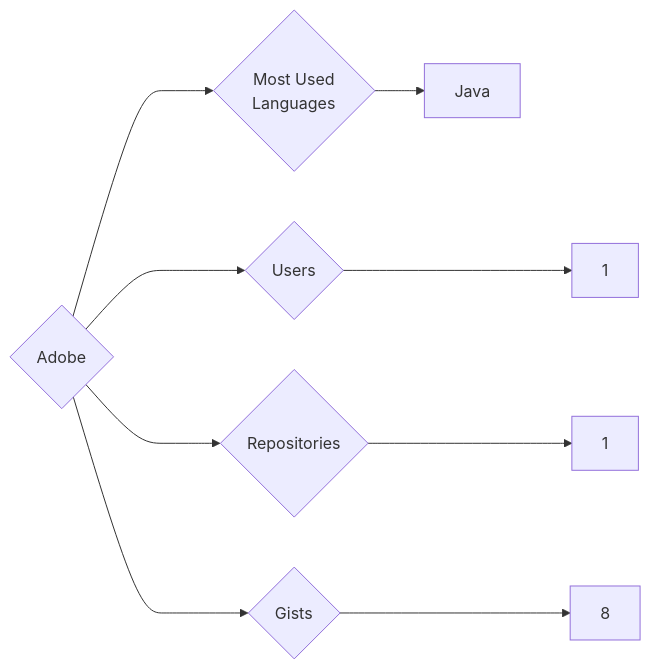
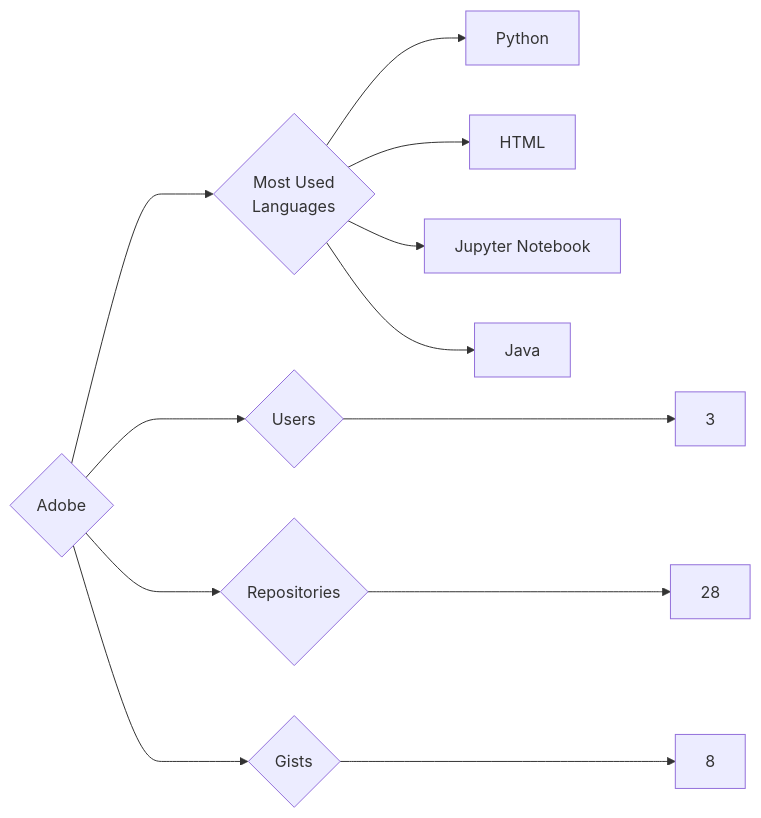
The diagram in targets/Adobe/README.md (trickest/insiders), drawn with Mermaid before and after one commit. The commit also changed 1007 other files, not shown here.

````diff
--- a/targets/Adobe/README.md
+++ b/targets/Adobe/README.md
@@ -3,9 +3,12 @@
 ```mermaid
 graph LR
 COMPANY_NAME{Adobe}
-COMPANY_NAME ---> U{Users} ---> UN[1]
-COMPANY_NAME ---> R{Repositories} ---> RN[1]
+COMPANY_NAME ---> U{Users} ---> UN[3]
+COMPANY_NAME ---> R{Repositories} ---> RN[28]
 COMPANY_NAME ---> G{Gists} ---> GN[8]
 COMPANY_NAME ---> ML{Most Used<br>Languages}
+ML --> Python[Python]
+ML --> HTML[HTML]
+ML --> Jupyter_Notebook[Jupyter Notebook]
 ML --> Java[Java]
 ```
````
